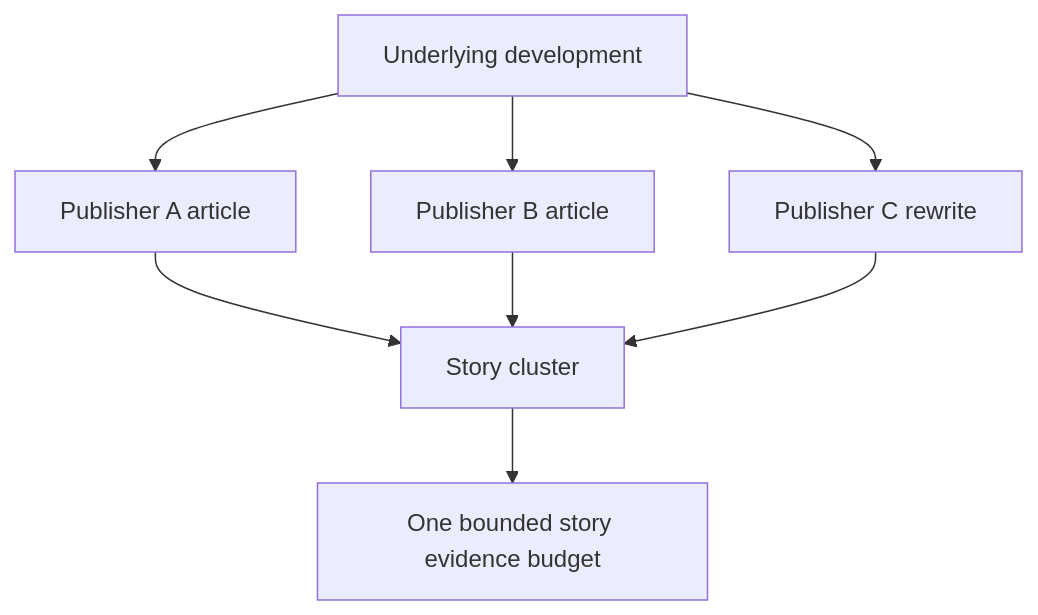
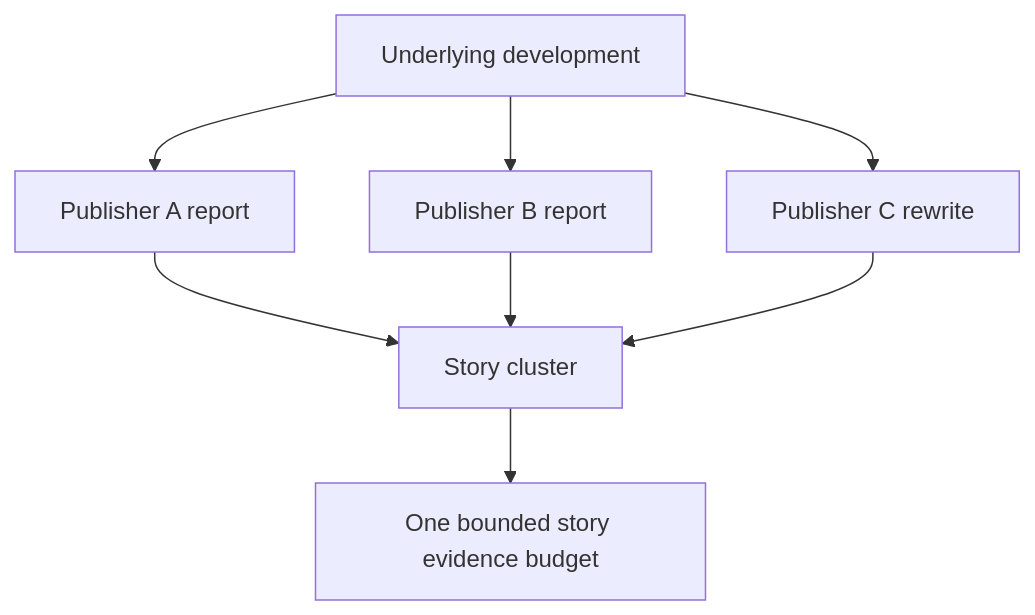
The diagram in src/content/docs/06-source-independence.md (blocknine0/geomacro), drawn with Mermaid before and after one commit. The commit also changed other lines of this file, not shown here.

````diff
--- a/src/content/docs/06-source-independence.md
+++ b/src/content/docs/06-source-independence.md
@@ -14,10 +14,10 @@
 ```mermaid
 flowchart TD
-    A[Underlying development] --> B[Publisher A article]
-    A --> C[Publisher B article]
+    A[Underlying development] --> B[Publisher A report]
+    A --> C[Publisher B report]
     A --> D[Publisher C rewrite]
     B --> E[Story cluster]
     C --> E
     D --> E
     E --> F[One bounded story evidence budget]
 ```
````
